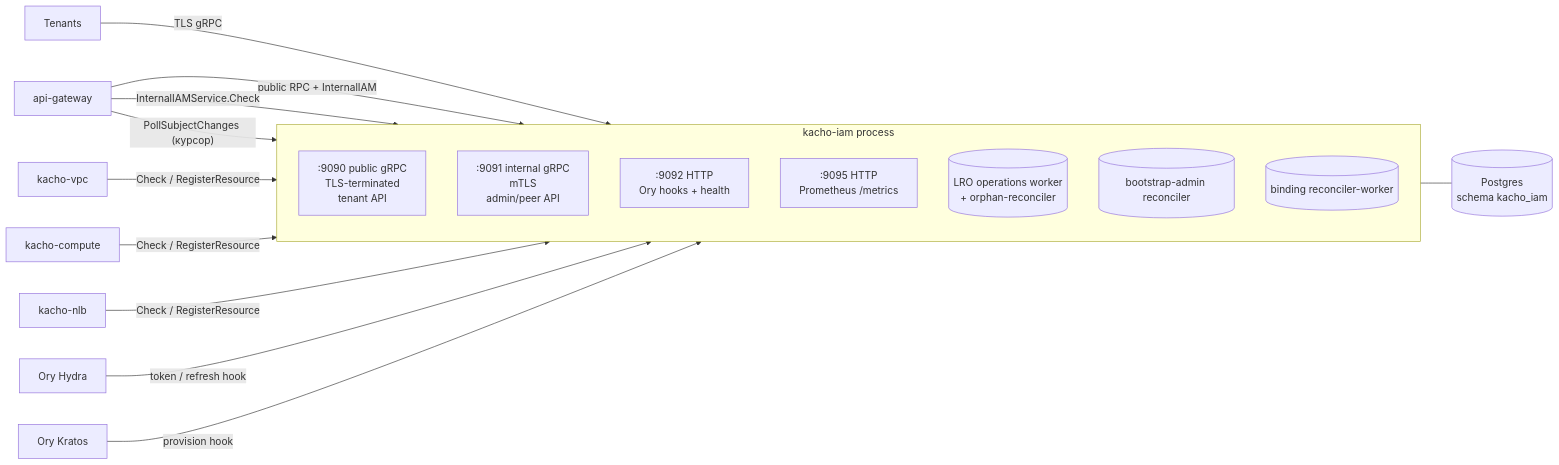
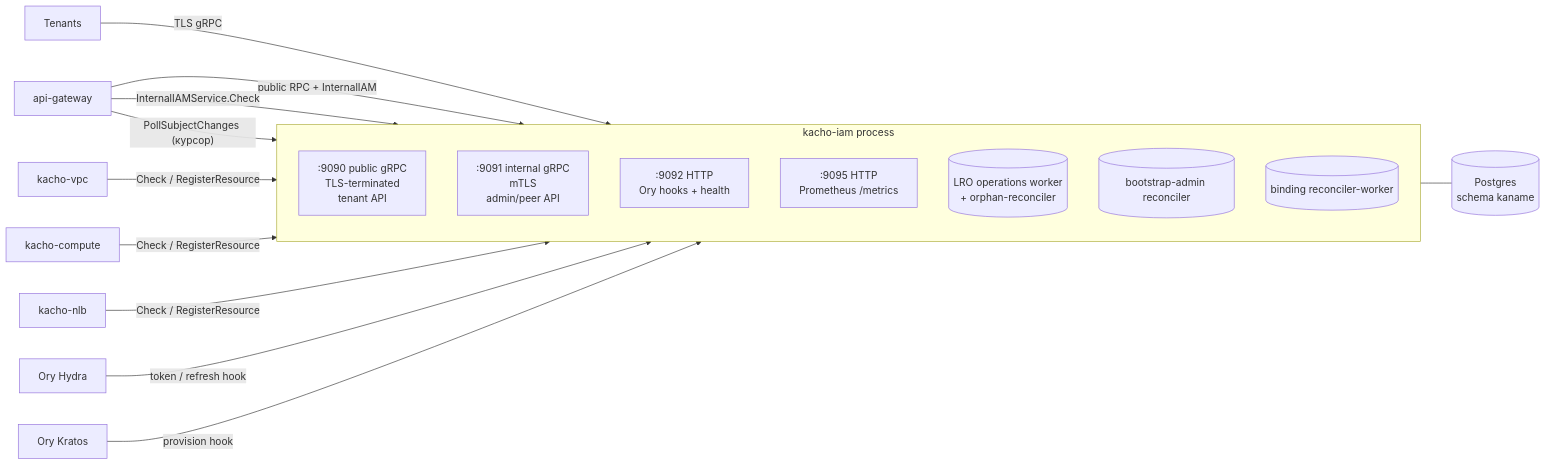
The first of 3 diagrams in services/iam/docs/engineering/components/00-overview.md (PRO-Robotech/kacho), drawn with Mermaid before and after one commit. The commit also changed other lines of this file and 700 other files, not shown here.

First line of the commit message:
refactor(iam): схема Postgres названа именем своего продукта

````diff
--- a/services/iam/docs/engineering/components/00-overview.md
+++ b/services/iam/docs/engineering/components/00-overview.md
@@ -73,27 +73,27 @@
 ```mermaid
 flowchart LR
     subgraph iam[kacho-iam process]
         direction TB
         gRPCpub[":9090 public gRPC<br/>TLS-terminated<br/>tenant API"]
         gRPCint[":9091 internal gRPC<br/>mTLS<br/>admin/peer API"]
         hooks[":9092 HTTP<br/>Ory hooks + health"]
         metrics[":9095 HTTP<br/>Prometheus /metrics"]
 
         lro[(LRO operations worker<br/>+ orphan-reconciler)]
         bootDr[(bootstrap-admin reconciler)]
         rsab[(binding reconciler-worker)]
     end
 
     Tenants -- TLS gRPC --> gRPCpub
     APIGW[api-gateway] -- public RPC + InternalIAM --> gRPCpub
     APIGW -- InternalIAMService.Check --> gRPCint
     APIGW -- PollSubjectChanges (курсор) --> gRPCint
     VPC[kacho-vpc] -- Check / RegisterResource --> gRPCint
     Compute[kacho-compute] -- Check / RegisterResource --> gRPCint
     NLB[kacho-nlb] -- Check / RegisterResource --> gRPCint
 
     Hydra[Ory Hydra] -- token / refresh hook --> hooks
     Kratos[Ory Kratos] -- provision hook --> hooks
 
-    iam --- Postgres[("Postgres<br/>schema kacho_iam")]
+    iam --- Postgres[("Postgres<br/>schema kaname")]
 ```
````
